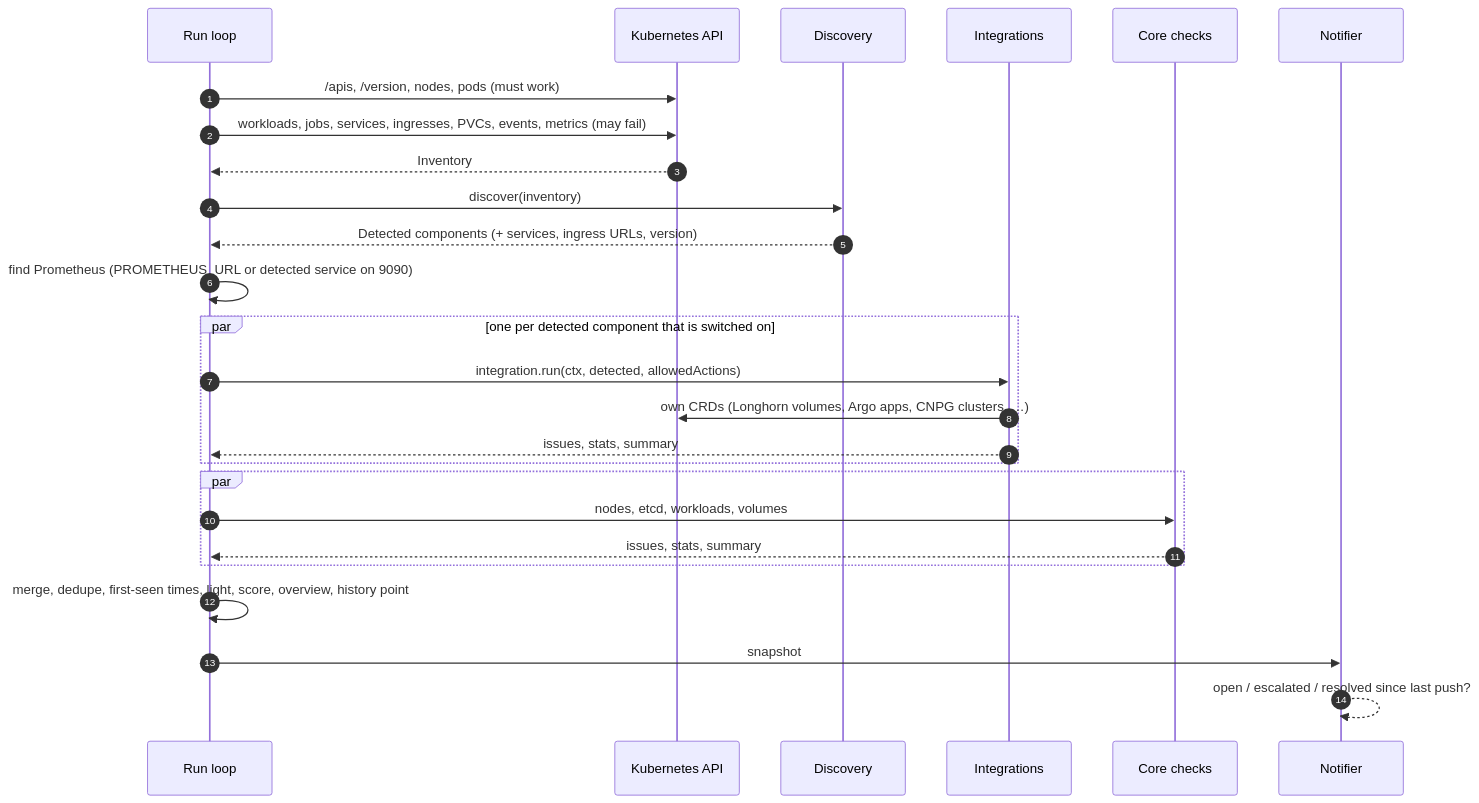
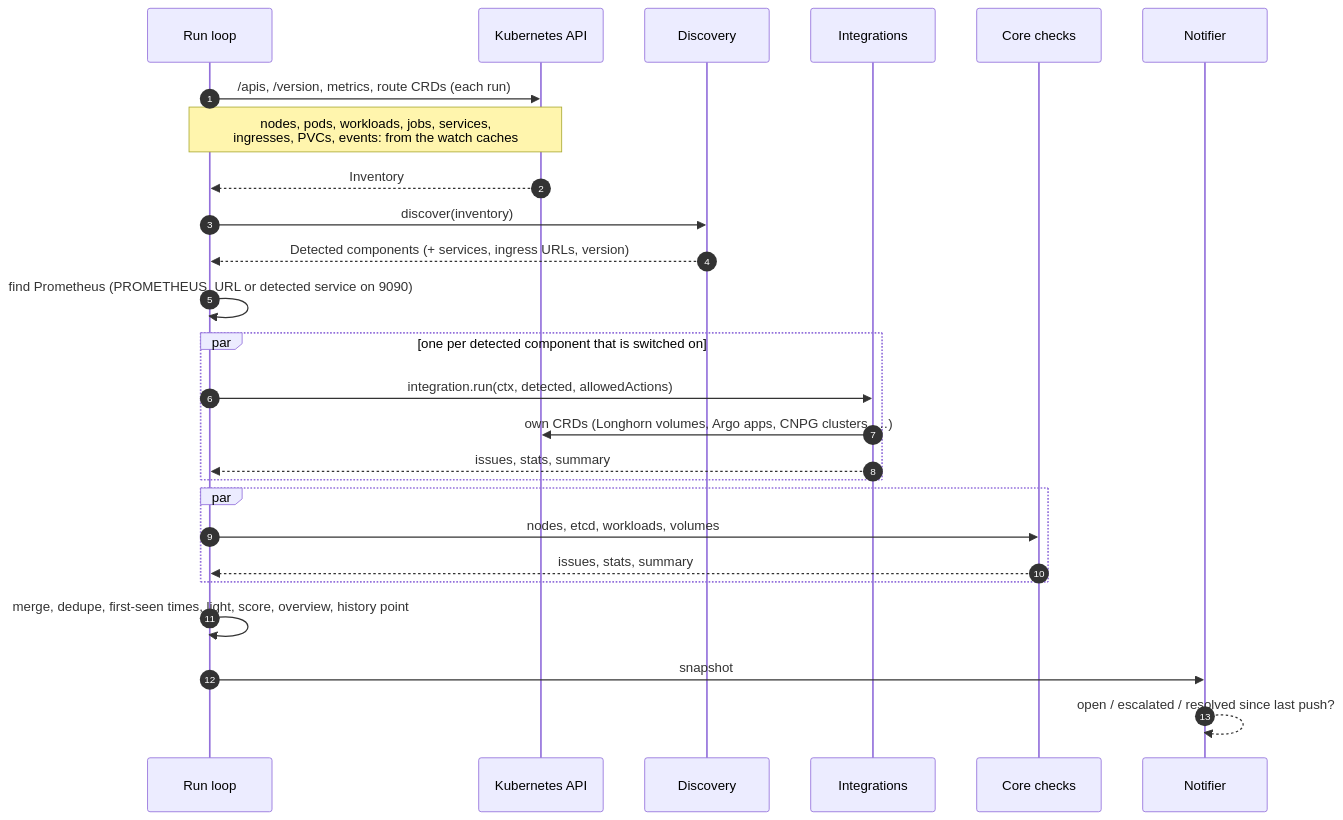
One commit to kubernanny/kubernanny changed the second of 11 diagrams in docs/ARCHITECTURE.md. Above: the diagram before and after it, drawn with Mermaid. The commit also changed other lines of this file and 10 other files, not shown here.

````diff
--- a/docs/ARCHITECTURE.md
+++ b/docs/ARCHITECTURE.md
@@ -93,28 +96,28 @@
 ```mermaid
 sequenceDiagram
   autonumber
   participant L as Run loop
   participant K as Kubernetes API
   participant D as Discovery
   participant I as Integrations
   participant C as Core checks
   participant N as Notifier
-  L->>K: /apis, /version, nodes, pods (must work)
-  L->>K: workloads, jobs, services, ingresses, PVCs, events, metrics (may fail)
+  L->>K: /apis, /version, metrics, route CRDs (each run)
+  Note over L,K: nodes, pods, workloads, jobs, services,<br/>ingresses, PVCs, events: from the watch caches
   K-->>L: Inventory
   L->>D: discover(inventory)
   D-->>L: Detected components (+ services, ingress URLs, version)
   L->>L: find Prometheus (PROMETHEUS_URL or detected service on 9090)
   par one per detected component that is switched on
     L->>I: integration.run(ctx, detected, allowedActions)
     I->>K: own CRDs (Longhorn volumes, Argo apps, CNPG clusters, …)
     I-->>L: issues, stats, summary
   end
   par
     L->>C: nodes, etcd, workloads, volumes
     C-->>L: issues, stats, summary
   end
   L->>L: merge, dedupe, first-seen times, light, score, overview, history point
   L->>N: snapshot
   N-->>N: open / escalated / resolved since last push?
 ```
````
